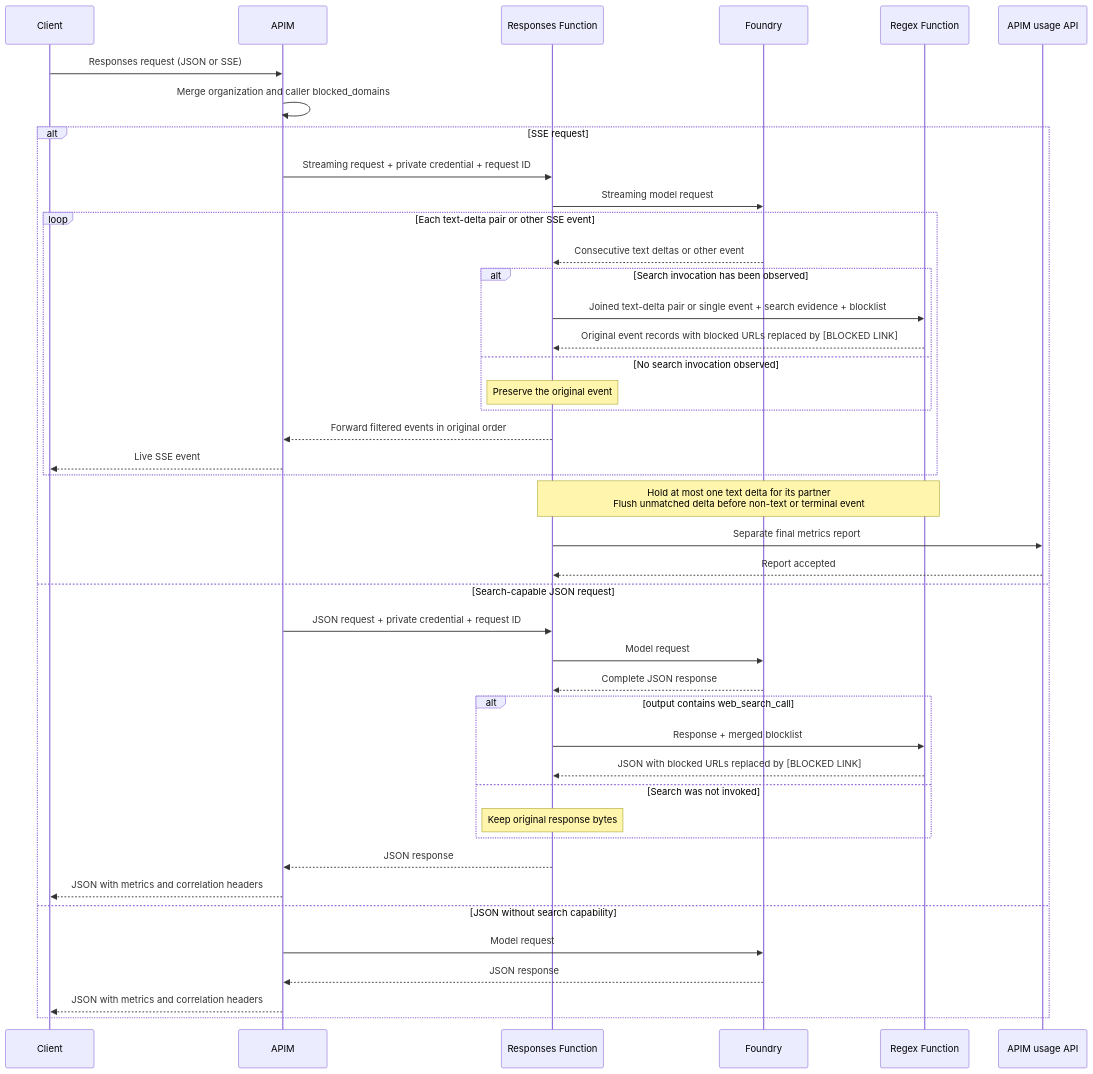
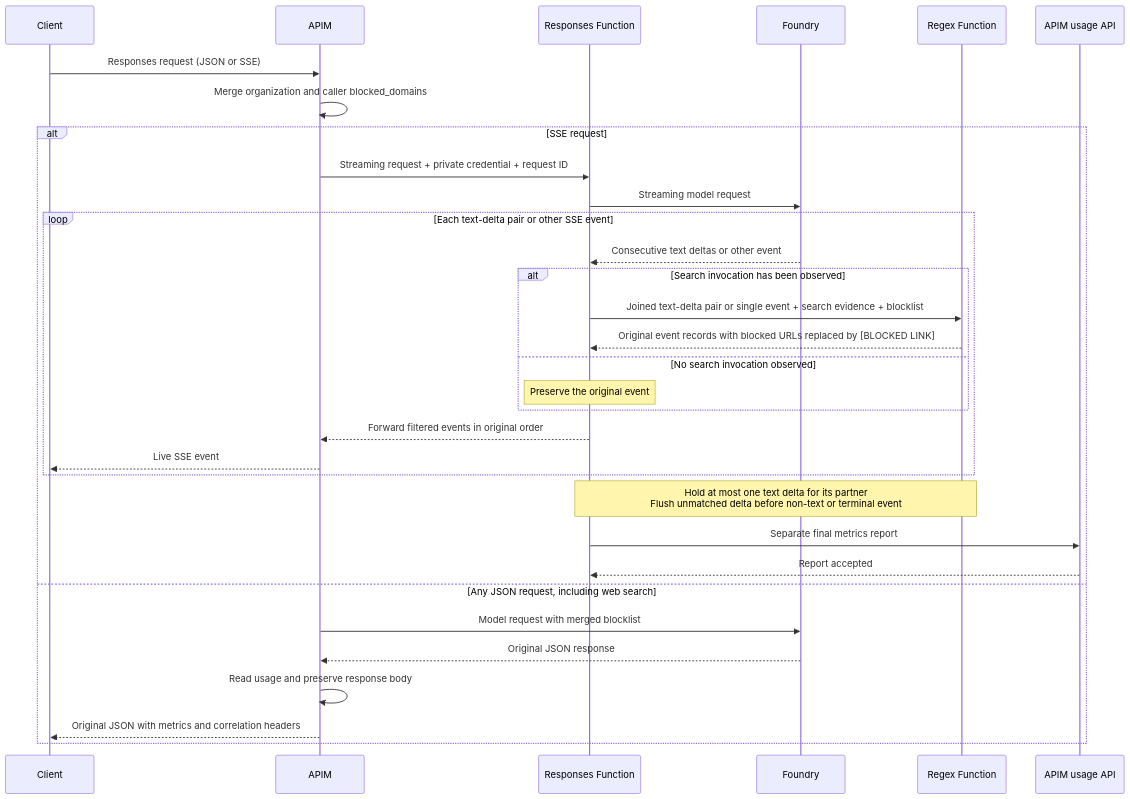
Before and after one commit to jakeatmsft/AI-Gateway: the second of 2 diagrams in labs/ai-foundry-web-search-blocklist/README.md, drawn with Mermaid. The commit also changed other lines of this file and 8 other files, not shown here.

Commit message:
updated non-streaming path to flow straight to backend

````diff
--- a/labs/ai-foundry-web-search-blocklist/README.md
+++ b/labs/ai-foundry-web-search-blocklist/README.md
@@ -42,45 +44,34 @@
 ```mermaid
 sequenceDiagram
     participant Client
     participant APIM
     participant Proxy as Responses Function
     participant Foundry
     participant Redactor as Regex Function
     participant Usage as APIM usage API
     Client->>APIM: Responses request (JSON or SSE)
     APIM->>APIM: Merge organization and caller blocked_domains
     alt SSE request
         APIM->>Proxy: Streaming request + private credential + request ID
         Proxy->>Foundry: Streaming model request
         loop Each text-delta pair or other SSE event
             Foundry-->>Proxy: Consecutive text deltas or other event
             alt Search invocation has been observed
                 Proxy->>Redactor: Joined text-delta pair or single event + search evidence + blocklist
                 Redactor-->>Proxy: Original event records with blocked URLs replaced by [BLOCKED LINK]
             else No search invocation observed
                 Note over Proxy: Preserve the original event
             end
             Proxy-->>APIM: Forward filtered events in original order
             APIM-->>Client: Live SSE event
         end
         Note over Proxy,Redactor: Hold at most one text delta for its partner<br/>Flush unmatched delta before non-text or terminal event
         Proxy->>Usage: Separate final metrics report
         Usage-->>Proxy: Report accepted
-    else Search-capable JSON request
-        APIM->>Proxy: JSON request + private credential + request ID
-        Proxy->>Foundry: Model request
-        Foundry-->>Proxy: Complete JSON response
-        alt output contains web_search_call
-            Proxy->>Redactor: Response + merged blocklist
-            Redactor-->>Proxy: JSON with blocked URLs replaced by [BLOCKED LINK]
-        else Search was not invoked
-            Note over Proxy: Keep original response bytes
-        end
-        Proxy-->>APIM: JSON response
-        APIM-->>Client: JSON with metrics and correlation headers
-    else JSON without search capability
-        APIM->>Foundry: Model request
-        Foundry-->>APIM: JSON response
-        APIM-->>Client: JSON with metrics and correlation headers
+    else Any JSON request, including web search
+        APIM->>Foundry: Model request with merged blocklist
+        Foundry-->>APIM: Original JSON response
+        APIM->>APIM: Read usage and preserve response body
+        APIM-->>Client: Original JSON with metrics and correlation headers
     end
 ```
````
